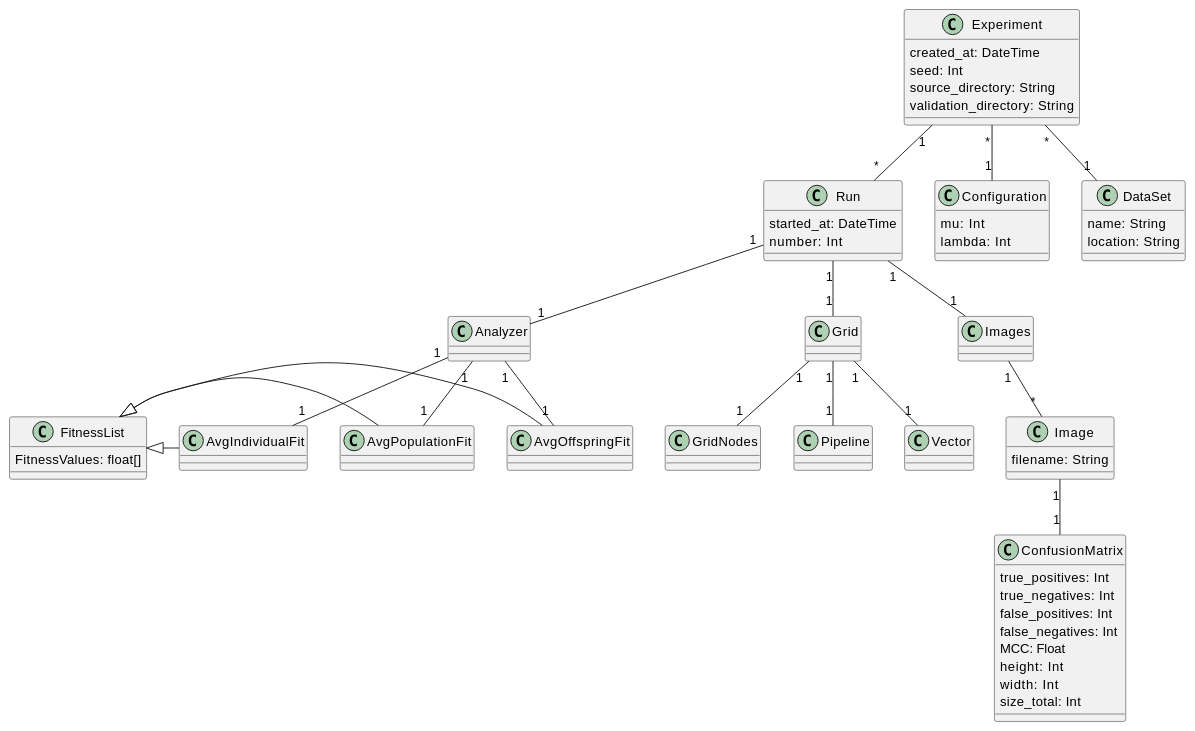
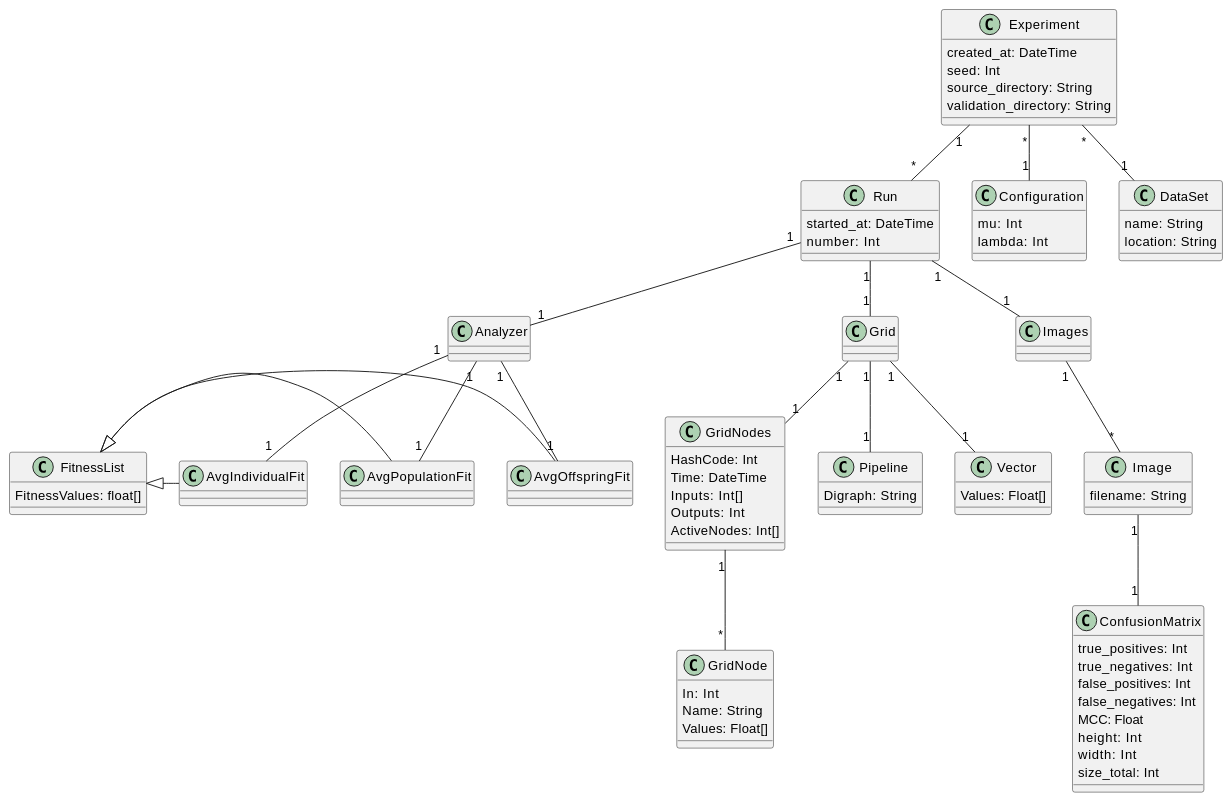
Before and after one commit to anmarchio/experiments: the diagram in diagrams/DataModel.md, drawn with PlantUML.

```diff
--- a/diagrams/DataModel.md
+++ b/diagrams/DataModel.md
@@ -37,9 +37,24 @@
 class AvgIndividualFit
 
 class Grid
-class GridNodes
-class Pipeline
-class Vector 
+class GridNodes {
+  HashCode: Int
+  Time: DateTime
+  Inputs: Int[]
+  Outputs: Int
+  ActiveNodes: Int[]
+}
+class GridNode {
+  In: Int
+  Name: String
+  Values: Float[]
+}
+class Pipeline {
+  Digraph: String
+}
+class Vector {
+  Values: Float[]
+}
 
 class Images
 class Image {
@@ -72,6 +87,7 @@
 
 Run "1" -- "1" Grid
 Grid "1" -- "1" GridNodes
+GridNodes "1" -- "*" GridNode
 Grid "1" -- "1" Pipeline
 Grid "1" -- "1" Vector
 
```
